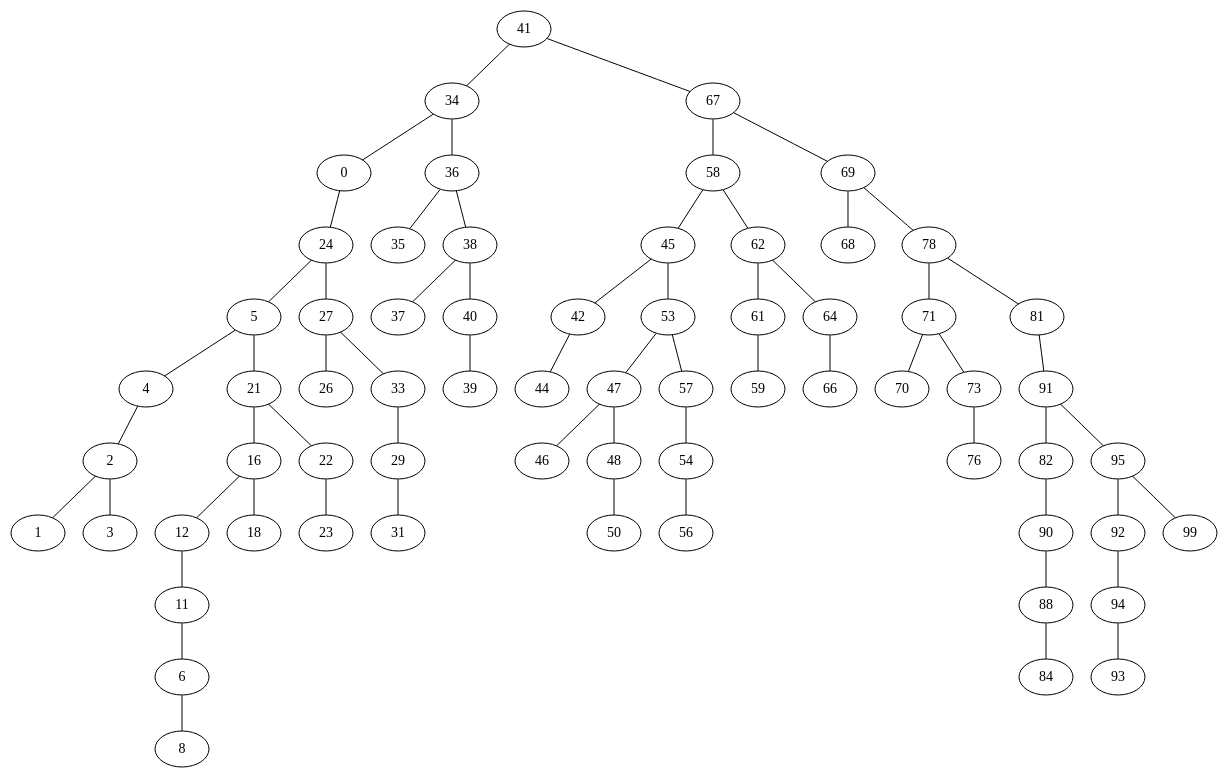
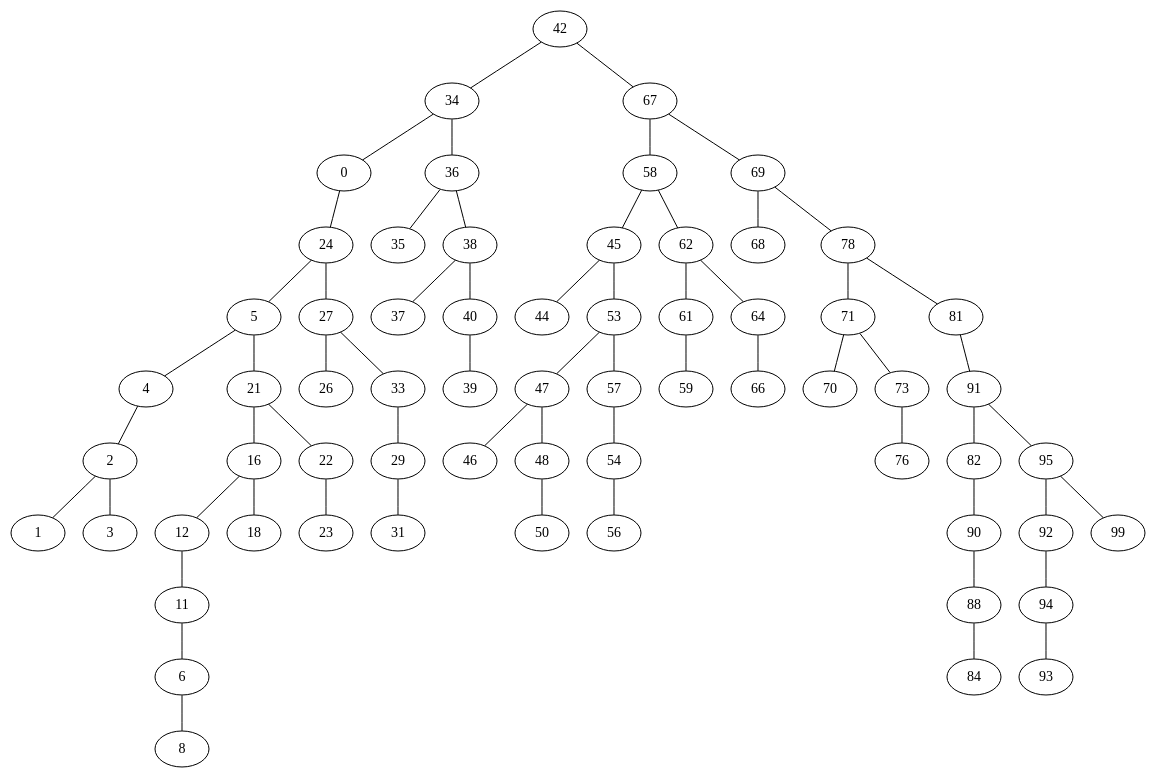
One commit to iMawe/EstructuraDatos changed the diagram in Pointer Machines/BST/a.dot. Above: the diagram before and after it, drawn with Graphviz. The commit also changed 2 other files, not shown here.

```diff
--- a/Pointer Machines/BST/a.dot
+++ b/Pointer Machines/BST/a.dot
@@ -1,67 +1,66 @@
 graph {
-41
-41--34
+42
+42--34
 34--0
 0--24
 24--5
 5--4
 4--2
 2--1
 2--3
 5--21
 21--16
 16--12
 12--11
 11--6
 6--8
 16--18
 21--22
 22--23
 24--27
 27--26
 27--33
 33--29
 29--31
 34--36
 36--35
 36--38
 38--37
 38--40
 40--39
-41--67
+42--67
 67--58
 58--45
-45--42
-42--44
+45--44
 45--53
 53--47
 47--46
 47--48
 48--50
 53--57
 57--54
 54--56
 58--62
 62--61
 61--59
 62--64
 64--66
 67--69
 69--68
 69--78
 78--71
 71--70
 71--73
 73--76
 78--81
 81--91
 91--82
 82--90
 90--88
 88--84
 91--95
 95--92
 92--94
 94--93
 95--99
 }
```
